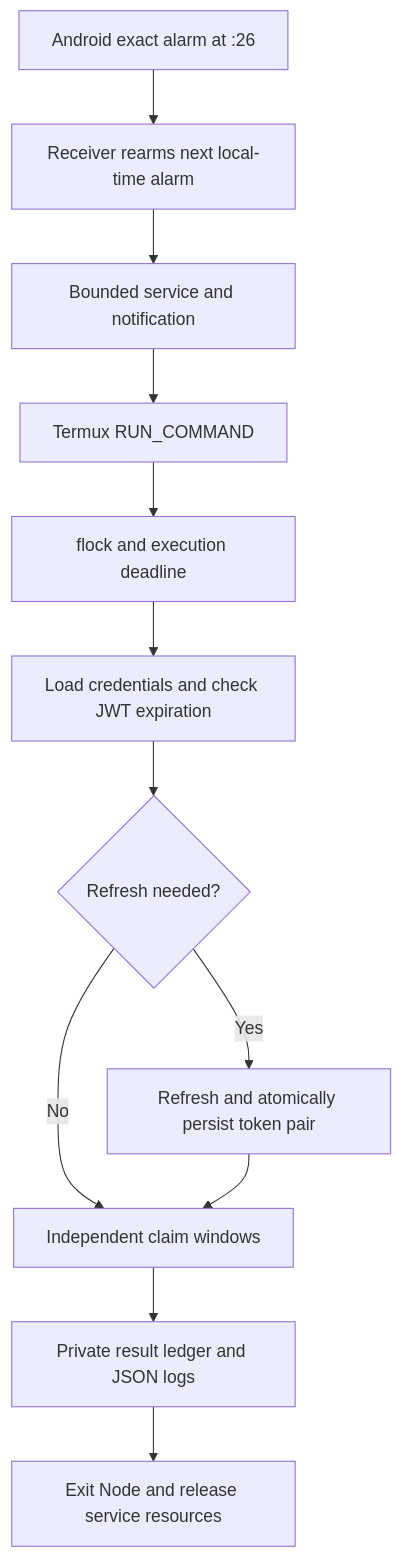
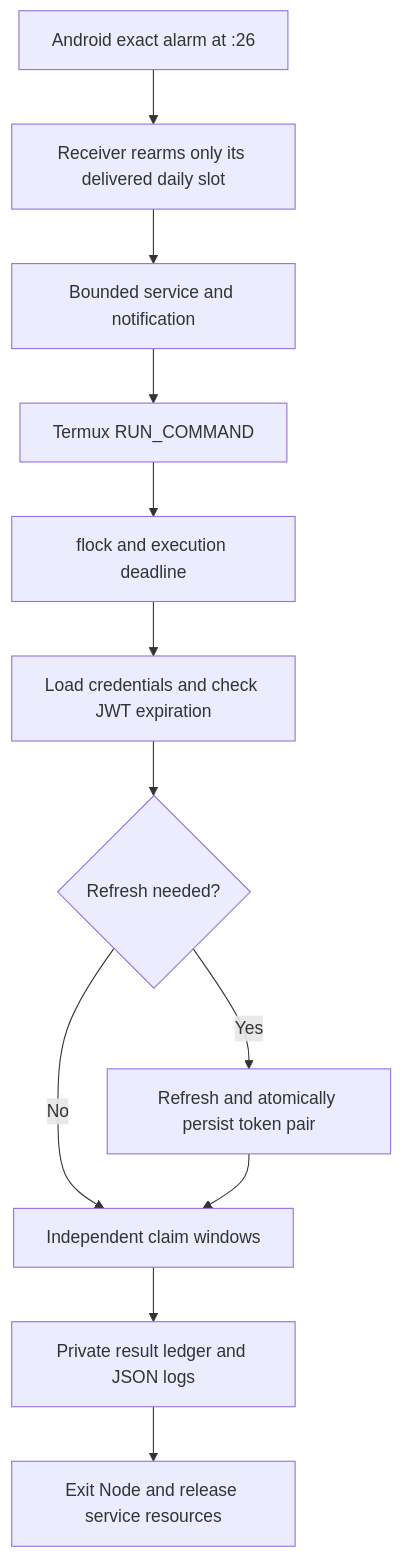
Before and after one commit to harikorivi/Helping_hands: the diagram in Interlink-Auto-Bot/ANDROID-ARCHITECTURE.md, drawn with Mermaid. The commit also changed other lines of this file and 19 other files, not shown here.

````diff
--- a/Interlink-Auto-Bot/ANDROID-ARCHITECTURE.md
+++ b/Interlink-Auto-Bot/ANDROID-ARCHITECTURE.md
@@ -24,14 +24,14 @@
 ```mermaid
 flowchart TD
-  A[Android exact alarm at :26] --> B[Receiver rearms next local-time alarm]
+  A[Android exact alarm at :26] --> B[Receiver rearms only its delivered daily slot]
   B --> C[Bounded service and notification]
   C --> D[Termux RUN_COMMAND]
   D --> E[flock and execution deadline]
   E --> F[Load credentials and check JWT expiration]
   F --> G{Refresh needed?}
   G -->|Yes| H[Refresh and atomically persist token pair]
   G -->|No| I[Independent claim windows]
   H --> I
   I --> J[Private result ledger and JSON logs]
   J --> K[Exit Node and release service resources]
 ```
````
